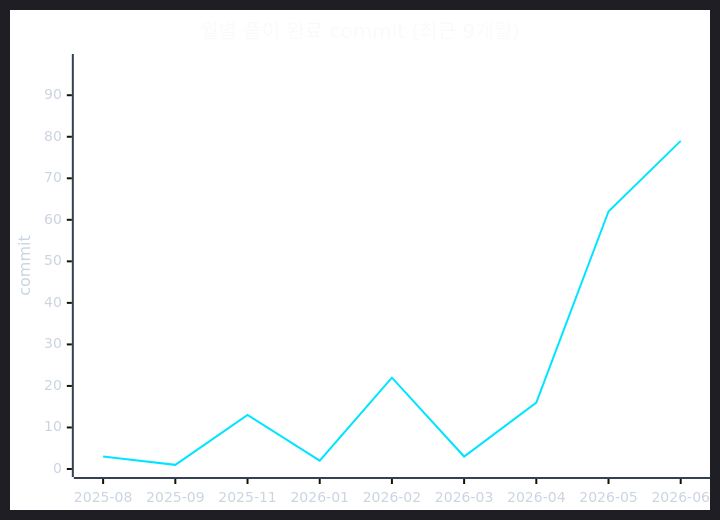
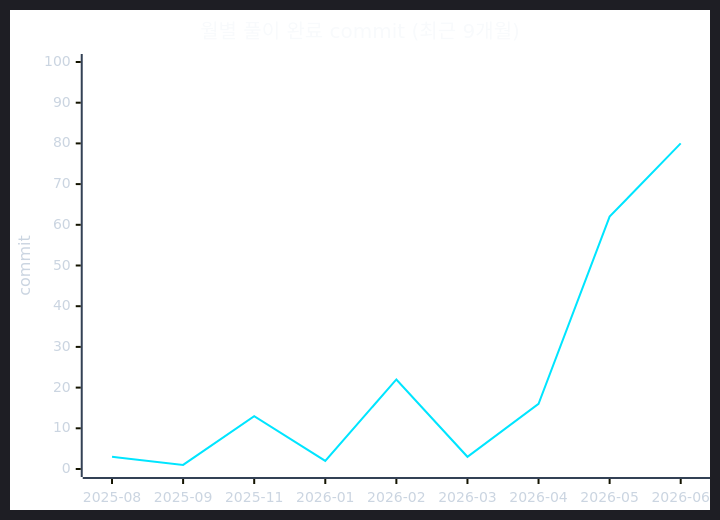
The second of 2 diagrams in readme.md (CHOOSLA/Algorithm), drawn with Mermaid before and after one commit. The commit also changed other lines of this file and 2 other files, not shown here.

````diff
--- a/readme.md
+++ b/readme.md
@@ -71,22 +71,22 @@
 ```mermaid
 ---
 config:
   theme: dark
   themeVariables:
     background: '#0d1117'
     xyChart:
       titleColor: '#f8fafc'
       xAxisLabelColor: '#cbd5e1'
       xAxisTitleColor: '#cbd5e1'
       xAxisLineColor: '#334155'
       yAxisLabelColor: '#cbd5e1'
       yAxisTitleColor: '#cbd5e1'
       yAxisLineColor: '#334155'
       plotColorPalette: '#00e5ff'
 ---
 xychart-beta
   title "월별 풀이 완료 commit (최근 9개월)"
   x-axis ["2025-08", "2025-09", "2025-11", "2026-01", "2026-02", "2026-03", "2026-04", "2026-05", "2026-06"]
-  y-axis "commit" 0 --> 98
-  line [3, 1, 13, 2, 22, 3, 16, 62, 79]
+  y-axis "commit" 0 --> 100
+  line [3, 1, 13, 2, 22, 3, 16, 62, 80]
 ```
````
